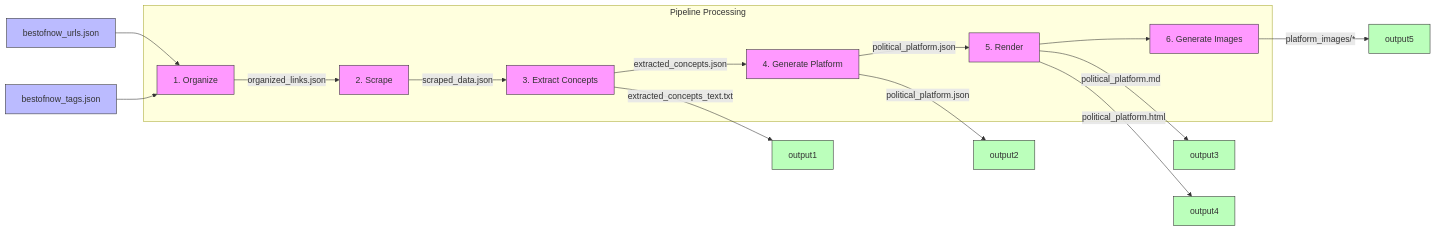
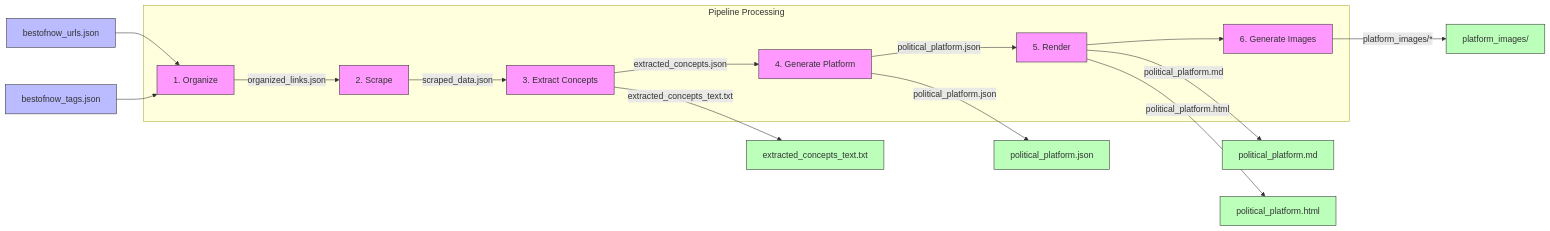
Before and after one commit to docxology/links: the third of 10 diagrams in diagram.md, drawn with Mermaid. The commit also changed other lines of this file and 5 other files, not shown here.

````diff
--- a/diagram.md
+++ b/diagram.md
@@ -53,27 +53,27 @@
 ```mermaid
 flowchart LR
     input1[bestofnow_urls.json] --> organize
     input2[bestofnow_tags.json] --> organize
     
     subgraph pipeline[Pipeline Processing]
         organize[1. Organize] --> |organized_links.json| scrape[2. Scrape]
         scrape --> |scraped_data.json| extract[3. Extract Concepts]
         extract --> |extracted_concepts.json| analyze[4. Generate Platform]
         analyze --> |political_platform.json| render[5. Render]
         render --> generate[6. Generate Images]
     end
     
-    extract --> |extracted_concepts_text.txt| output1
-    analyze --> |political_platform.json| output2
-    render --> |political_platform.md| output3
-    render --> |political_platform.html| output4
-    generate --> |platform_images/* | output5
+    extract --> |extracted_concepts_text.txt| output1[extracted_concepts_text.txt]
+    analyze --> |political_platform.json| output2[political_platform.json]
+    render --> |political_platform.md| output3[political_platform.md]
+    render --> |political_platform.html| output4[political_platform.html]
+    generate --> |platform_images/*| output5[platform_images/]
     
     classDef input fill:#bbf,stroke:#333,stroke-width:1px;
     classDef process fill:#f9f,stroke:#333,stroke-width:1px;
     classDef output fill:#bfb,stroke:#333,stroke-width:1px;
     
     class input1,input2 input;
     class organize,scrape,extract,analyze,render,generate process;
     class output1,output2,output3,output4,output5 output;
 ```
````
